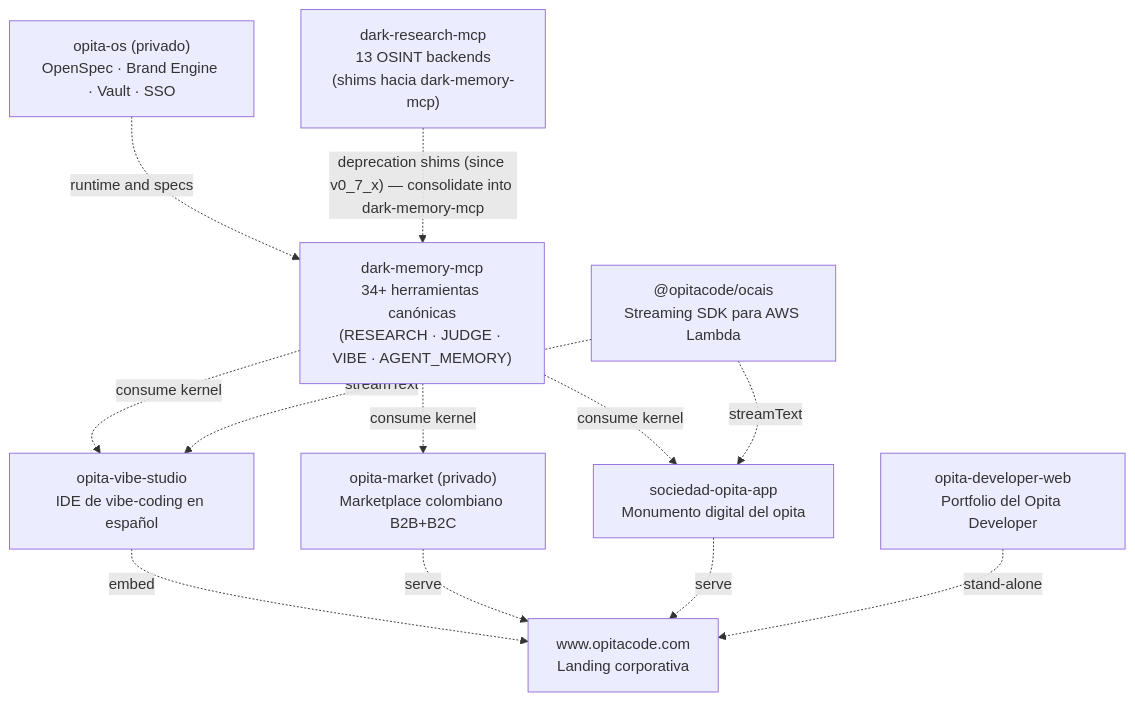
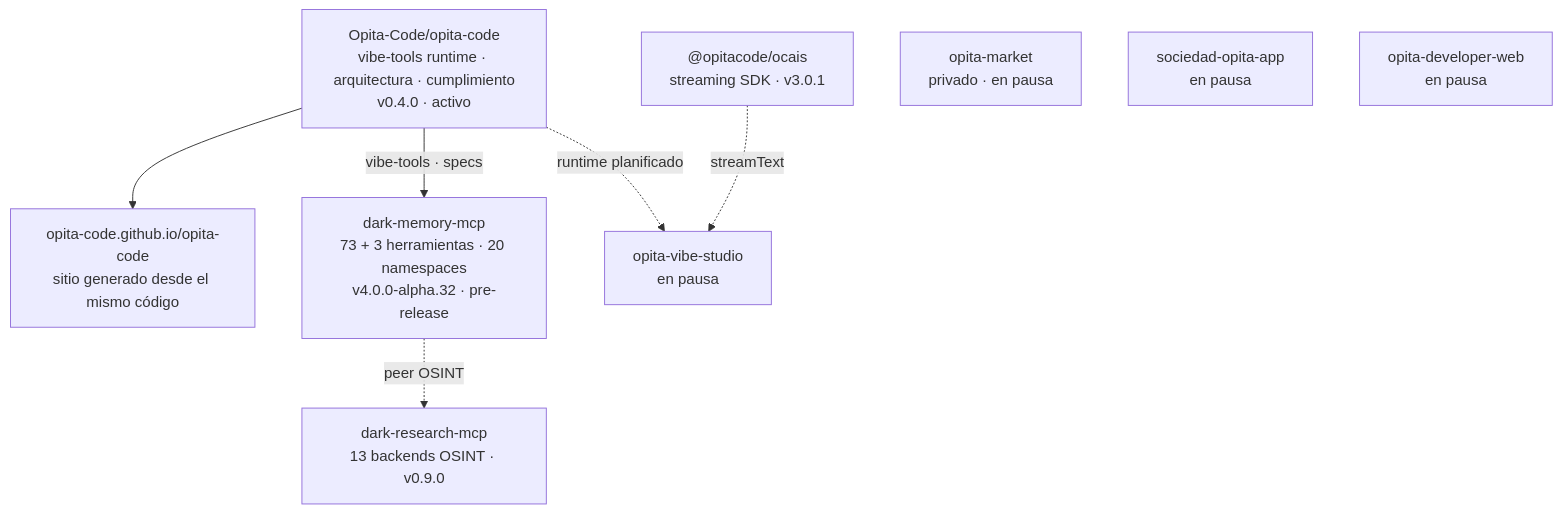
The diagram in profile/README.md (Opita-Code/.github), drawn with Mermaid before and after one commit. The commit also changed other lines of this file, not shown here.

First line of the commit message:
docs(profile): README de la organización con el estado real del 2026-10-25

````diff
--- a/profile/README.md
+++ b/profile/README.md
@@ -24,24 +102,18 @@
 ```mermaid
 graph TD
-    OS["opita-os (privado)<br/>OpenSpec · Brand Engine · Vault · SSO"]
-    DM["dark-memory-mcp<br/>34+ herramientas canónicas<br/>(RESEARCH · JUDGE · VIBE · AGENT_MEMORY)"]
-    DR["dark-research-mcp<br/>13 OSINT backends<br/>(shims hacia dark-memory-mcp)"]
-    SDK["@opitacode/ocais<br/>Streaming SDK para AWS Lambda"]
-    VS["opita-vibe-studio<br/>IDE de vibe-coding en español"]
-    SO["sociedad-opita-app<br/>Monumento digital del opita"]
-    DEV["opita-developer-web<br/>Portfolio del Opita Developer"]
-    WEB["www.opitacode.com<br/>Landing corporativa"]
-    MK["opita-market (privado)<br/>Marketplace colombiano B2B+B2C"]
+    CODE["Opita-Code/opita-code<br/>vibe-tools runtime · arquitectura · cumplimiento<br/>v0.4.0 · activo"]
+    SITE["opita-code.github.io/opita-code<br/>sitio generado desde el mismo código"]
+    DM["dark-memory-mcp<br/>73 + 3 herramientas · 20 namespaces<br/>v4.0.0-alpha.32 · pre-release"]
+    DR["dark-research-mcp<br/>13 backends OSINT · v0.9.0"]
+    SDK["@opitacode/ocais<br/>streaming SDK · v3.0.1"]
+    VS["opita-vibe-studio<br/>en pausa"]
+    MK["opita-market<br/>privado · en pausa"]
+    SO["sociedad-opita-app<br/>en pausa"]
+    DEV["opita-developer-web<br/>en pausa"]
 
-    OS -.->|"runtime and specs"| DM
-    DR -.->|"deprecation shims (since v0_7_x) — consolidate into dark-memory-mcp"| DM
-    DM -.->|"consume kernel"| VS
-    DM -.->|"consume kernel"| MK
-    DM -.->|"consume kernel"| SO
+    CODE --> SITE
+    CODE -->|"vibe-tools · specs"| DM
+    DM -.->|"peer OSINT"| DR
+    CODE -.->|"runtime planificado"| VS
     SDK -.->|"streamText"| VS
-    SDK -.->|"streamText"| SO
-    VS -.->|"embed"| WEB
-    MK -.->|"serve"| WEB
-    SO -.->|"serve"| WEB
-    DEV -.->|"stand-alone"| WEB
 ```
````
